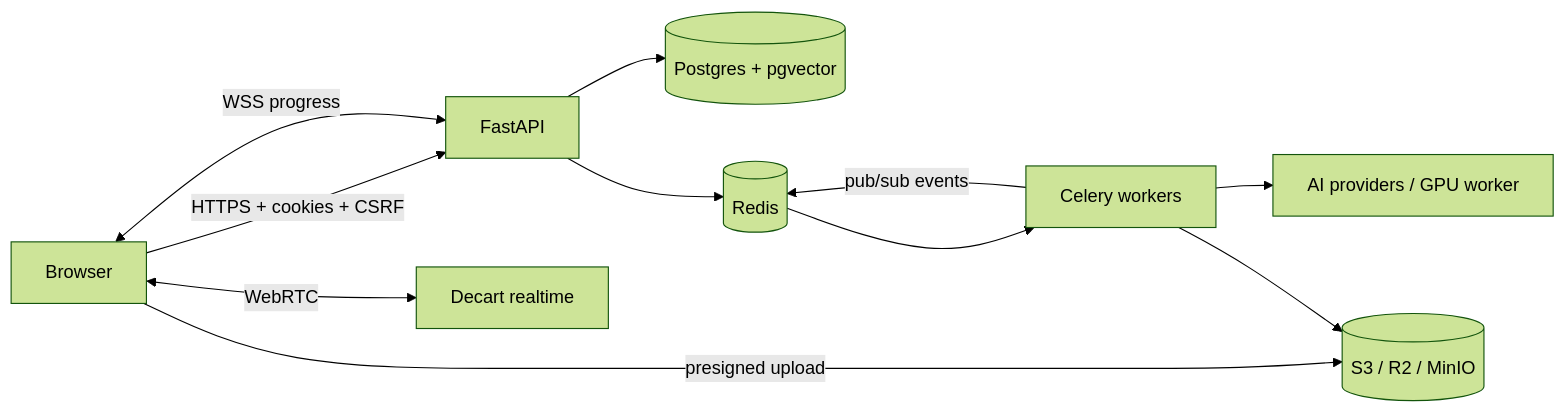
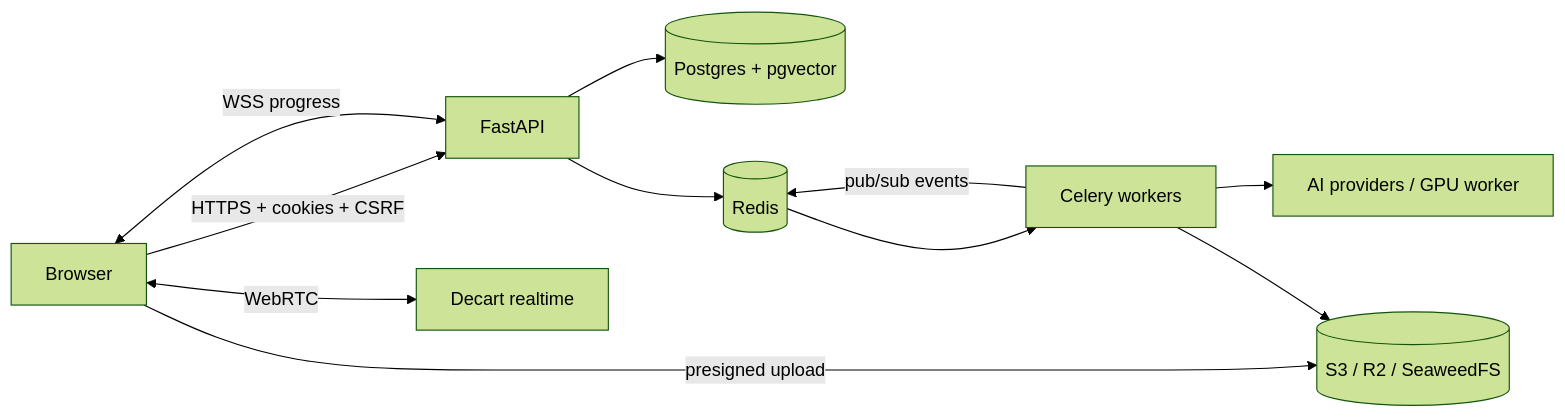
One commit to MUHAMMADBURHAN231/LOOKBOOK changed the diagram in README.md. Above: the diagram before and after it, drawn with Mermaid (forest theme). The commit also changed other lines of this file and 8 other files, not shown here.

First line of the commit message:
Replace MinIO with SeaweedFS in Docker Compose

````diff
--- a/README.md
+++ b/README.md
@@ -25,13 +25,13 @@
 ```mermaid
 graph LR
   B[Browser] -->|HTTPS + cookies + CSRF| API[FastAPI]
-  B -->|presigned upload| S3[(S3 / R2 / MinIO)]
+  B -->|presigned upload| S3[(S3 / R2 / SeaweedFS)]
   B <-->|WSS progress| API
   API --> PG[(Postgres + pgvector)]
   API --> R[(Redis)]
   R --> W[Celery workers]
   W --> AI[AI providers / GPU worker]
   W --> S3
   W -->|pub/sub events| R
   B <-->|WebRTC| RT[Decart realtime]
 ```
````
